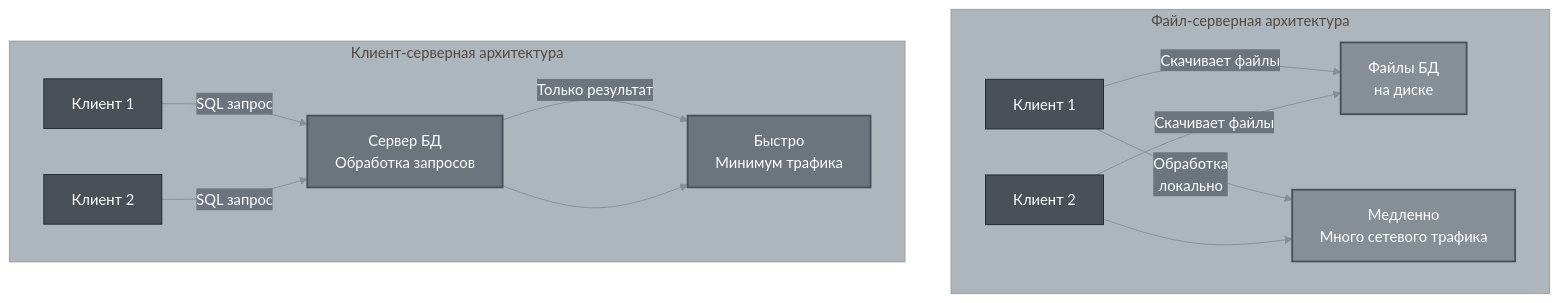
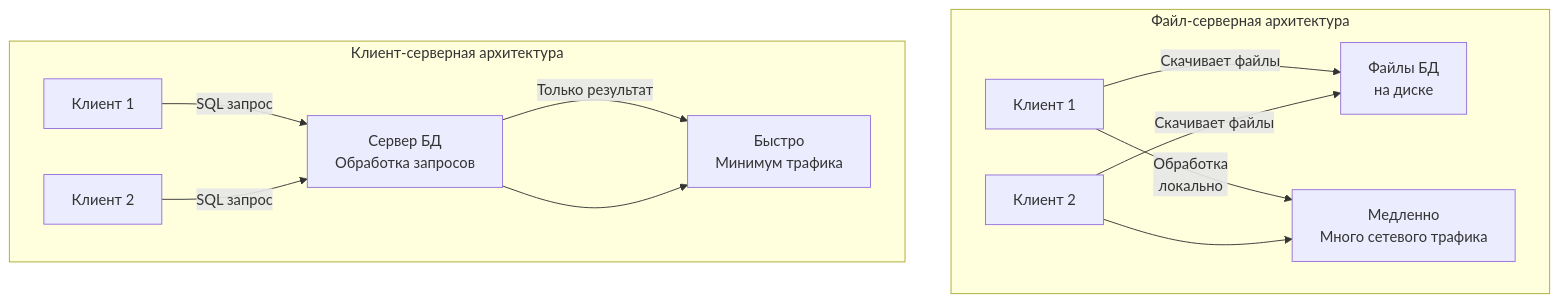
Before and after one commit to alx314vo/db_exam: the first of 23 diagrams in db_exam.md, drawn with Mermaid. The commit also changed other lines of this file and 1 other file, not shown here.

````diff
--- a/db_exam.md
+++ b/db_exam.md
@@ -69,22 +69,17 @@
 ```mermaid
-%%{init: {'theme':'base', 'themeVariables': {'primaryColor':'#495057','primaryTextColor':'#fff','primaryBorderColor':'#212529','lineColor':'#868e96','secondaryColor':'#6c757d','tertiaryColor':'#adb5bd','background':'#ffffff','textColor':'#212529'}}}%%
 graph TB
     subgraph "Файл-серверная архитектура"
         FS1[Клиент 1] -->|Скачивает файлы| FS2[Файлы БД<br/>на диске]
         FS3[Клиент 2] -->|Скачивает файлы| FS2
         FS1 -->|Обработка<br/>локально| FS4[Медленно<br/>Много сетевого трафика]
         FS3 --> FS4
     end
     
     subgraph "Клиент-серверная архитектура"
         CS1[Клиент 1] -->|SQL запрос| CS2[Сервер БД<br/>Обработка запросов]
         CS3[Клиент 2] -->|SQL запрос| CS2
         CS2 -->|Только результат| CS4[Быстро<br/>Минимум трафика]
         CS2 --> CS4
     end
     
-    style FS2 fill:#868e96,stroke:#495057,stroke-width:2px,color:#fff
-    style FS4 fill:#868e96,stroke:#495057,stroke-width:2px,color:#fff
-    style CS2 fill:#6c757d,stroke:#495057,stroke-width:2px,color:#fff
-    style CS4 fill:#6c757d,stroke:#495057,stroke-width:2px,color:#fff
 ```
````
